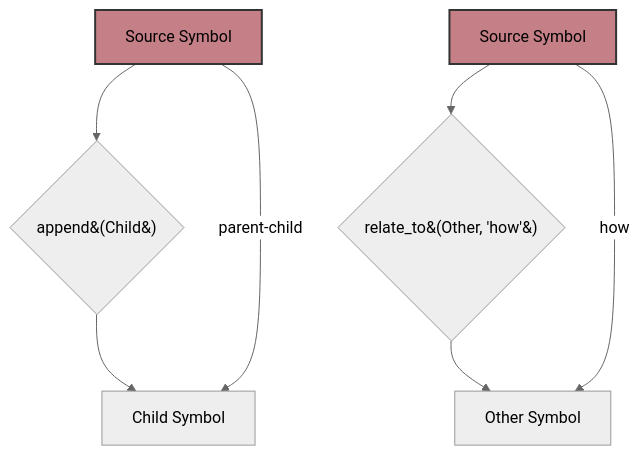
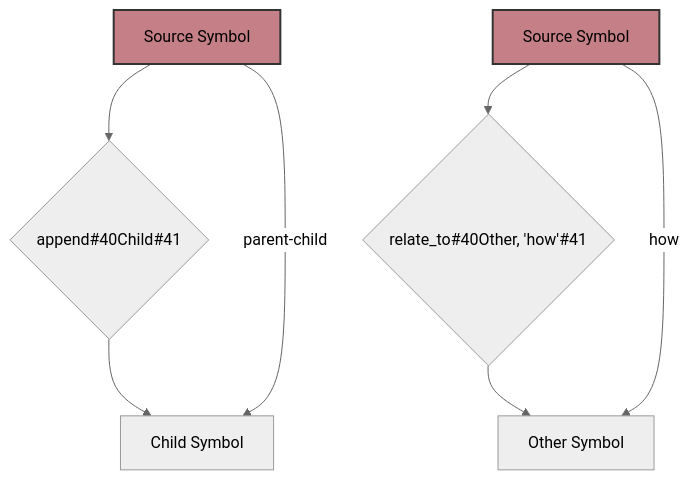
One commit to ikko/sym changed the third of 13 diagrams in docs/readme_details/8_api_highlights/index.md. Above: the diagram before and after it, drawn with Mermaid (neutral theme). The commit also changed other lines of this file and 38 other files, not shown here.

Commit message:
mermaids maybe fixed

````diff
--- a/docs/readme_details/8_api_highlights/index.md
+++ b/docs/readme_details/8_api_highlights/index.md
@@ -97,15 +97,15 @@
 ```mermaid
 graph TD
-    A[Source Symbol] --> B{append&#40;Child&#41;};
+    A[Source Symbol] --> B{append#40Child#41};
     B --> C[Child Symbol];
     A -- "parent-child" --> C;
 
-    X[Source Symbol] --> Y{relate_to&#40;Other, 'how'&#41;};
+    X[Source Symbol] --> Y{relate_to#40Other, 'how'#41};
     Y --> Z[Other Symbol];
     X -- "how" --> Z;
 
     style A fill:#c57f86,stroke:#333,stroke-width:2px,color:#000000;
 
     style A fill:#c57f86,stroke:#333,stroke-width:2px,color:#000000;
     style X fill:#c57f86,stroke:#333,stroke-width:2px,color:#000000;
 ```
````
